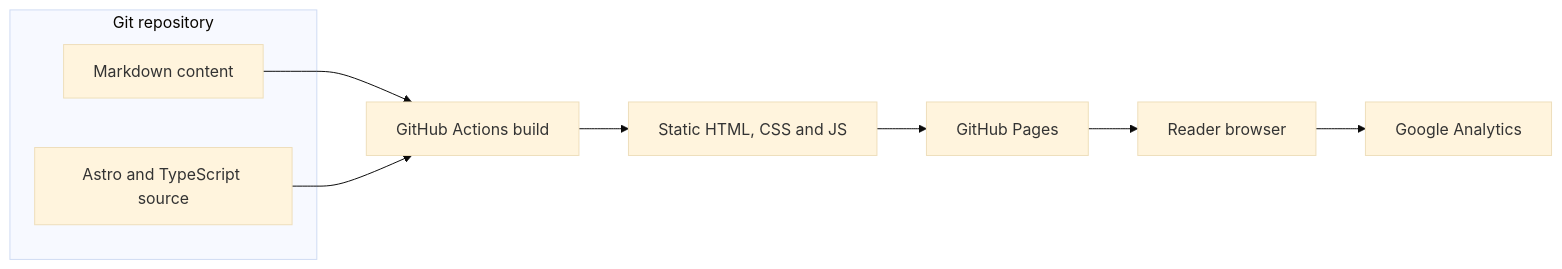
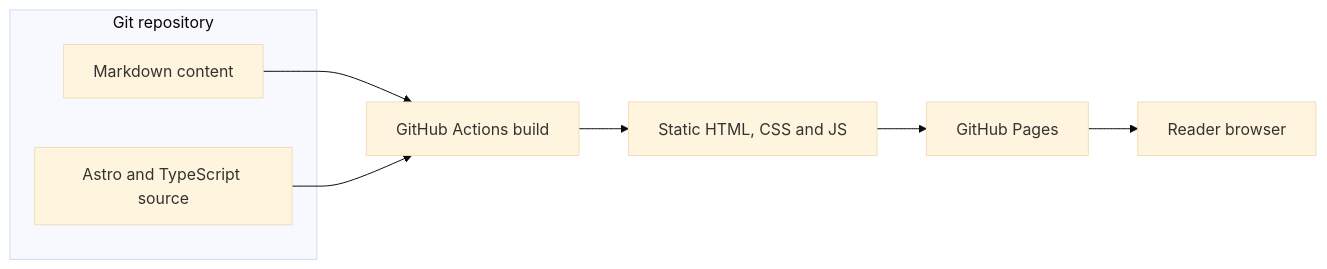
Before and after one commit to qi7876/qi7876.github.io: the diagram in docs/architecture/containers.md, drawn with Mermaid (base theme). The commit also changed 9 other files, not shown here.

````diff
--- a/docs/architecture/containers.md
+++ b/docs/architecture/containers.md
@@ -3,20 +3,18 @@
 ```mermaid
 flowchart LR
   subgraph repository[Git repository]
     content[Markdown content]
     source[Astro and TypeScript source]
   end
 
   action[GitHub Actions build]
   artifact[Static HTML, CSS and JS]
   pages[GitHub Pages]
   browser[Reader browser]
-  analytics[Google Analytics]
 
   content --> action
   source --> action
   action --> artifact
   artifact --> pages
   pages --> browser
-  browser --> analytics
 ```
````
